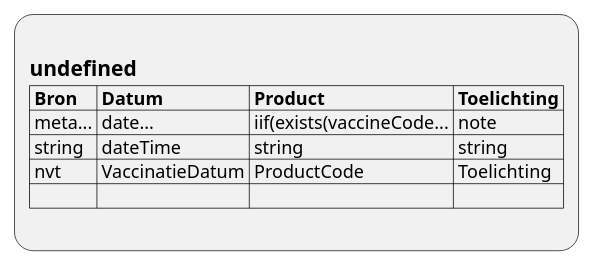
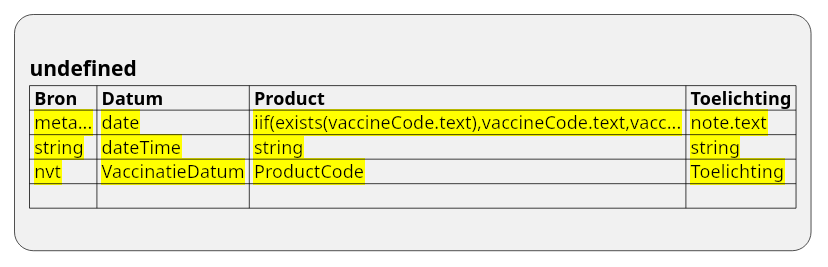
The diagram in input/images-source/ViewDefinition-Immunization.plantuml (RIVO-Noord/zorgviewer-ig), drawn with PlantUML before and after one commit. The commit also changed 10 other files, not shown here.

```diff
--- a/input/images-source/ViewDefinition-Immunization.plantuml
+++ b/input/images-source/ViewDefinition-Immunization.plantuml
@@ -1,10 +1,10 @@
 @startuml ViewDefinition-Immunization
 :
 == undefined
 |= Bron |= Datum |= Product |= Toelichting |
-| meta... | date... | iif(exists(vaccineCode... | note |
-| string | dateTime | string | string |
-| nvt | VaccinatieDatum | ProductCode | Toelichting |
+|<back:yellow> meta... |<back:yellow> date |<back:yellow> iif(exists(vaccineCode.text),vaccineCode.text,vacc... |<back:yellow> note.text |
+|<back:yellow> string |<back:yellow> dateTime |<back:yellow> string |<back:yellow> string |
+|<back:yellow> nvt |<back:yellow> VaccinatieDatum |<back:yellow> ProductCode |<back:yellow> Toelichting |
 | |
 ;
 @enduml
```
